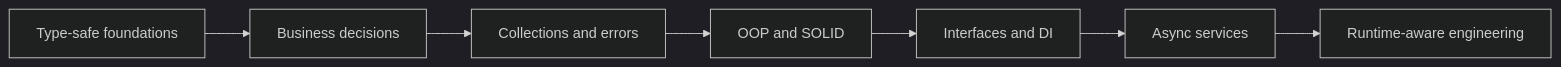
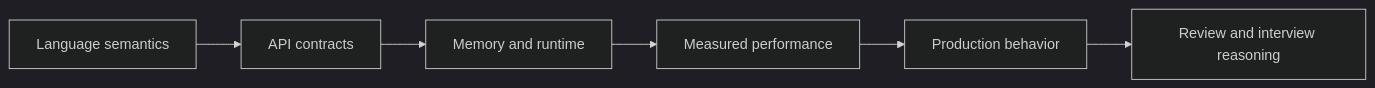
One commit to Sahithbasani/csharp-fundamentals changed the diagram in README.md. Above: the diagram before and after it, drawn with Mermaid (dark theme). The commit also changed other lines of this file and 131 other files, not shown here.

````diff
--- a/README.md
+++ b/README.md
@@ -34,9 +28,8 @@
 ```mermaid
 flowchart LR
-    Types["Type-safe foundations"] --> Flow["Business decisions"]
-    Flow --> Data["Collections and errors"]
-    Data --> Design["OOP and SOLID"]
-    Design --> DI["Interfaces and DI"]
-    DI --> Async["Async services"]
-    Async --> Runtime["Runtime-aware engineering"]
+    Semantics["Language semantics"] --> Contracts["API contracts"]
+    Contracts --> Runtime["Memory and runtime"]
+    Runtime --> Performance["Measured performance"]
+    Performance --> Operations["Production behavior"]
+    Operations --> Review["Review and interview reasoning"]
 ```
````
